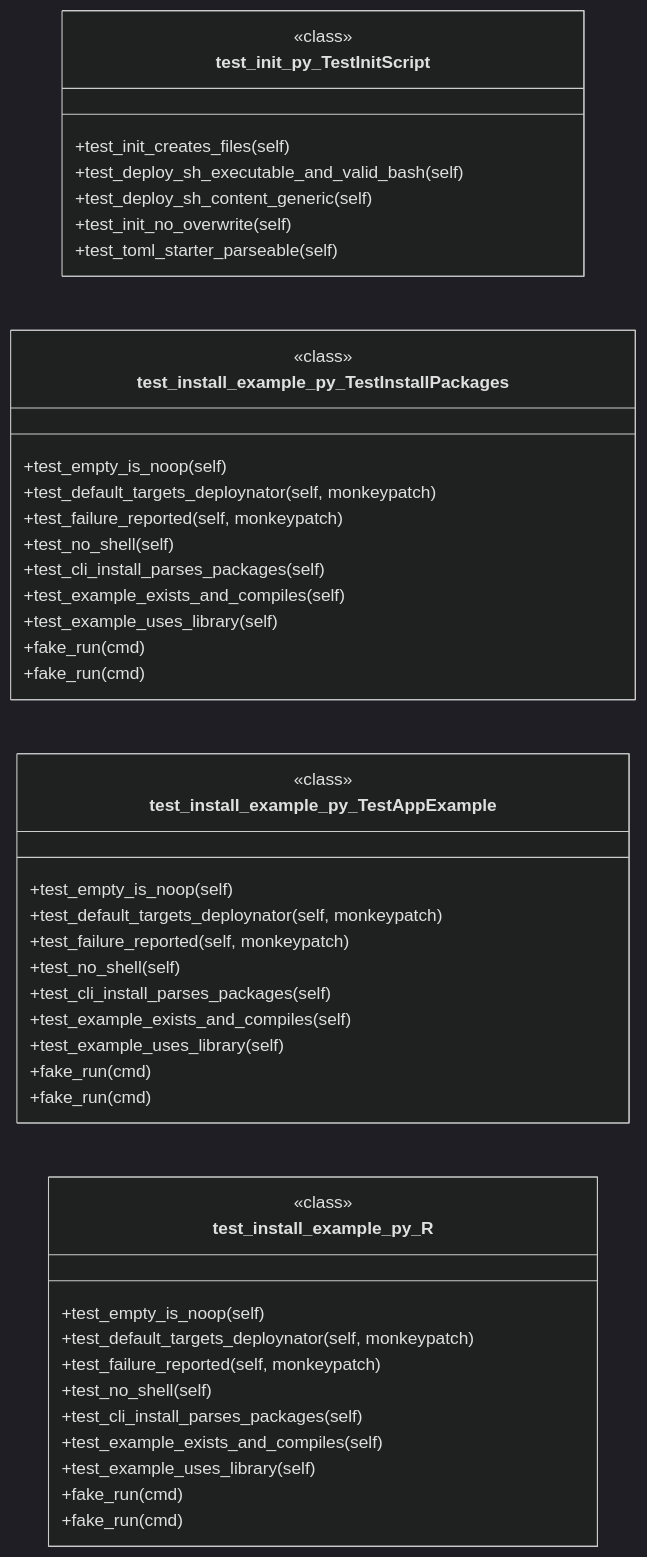
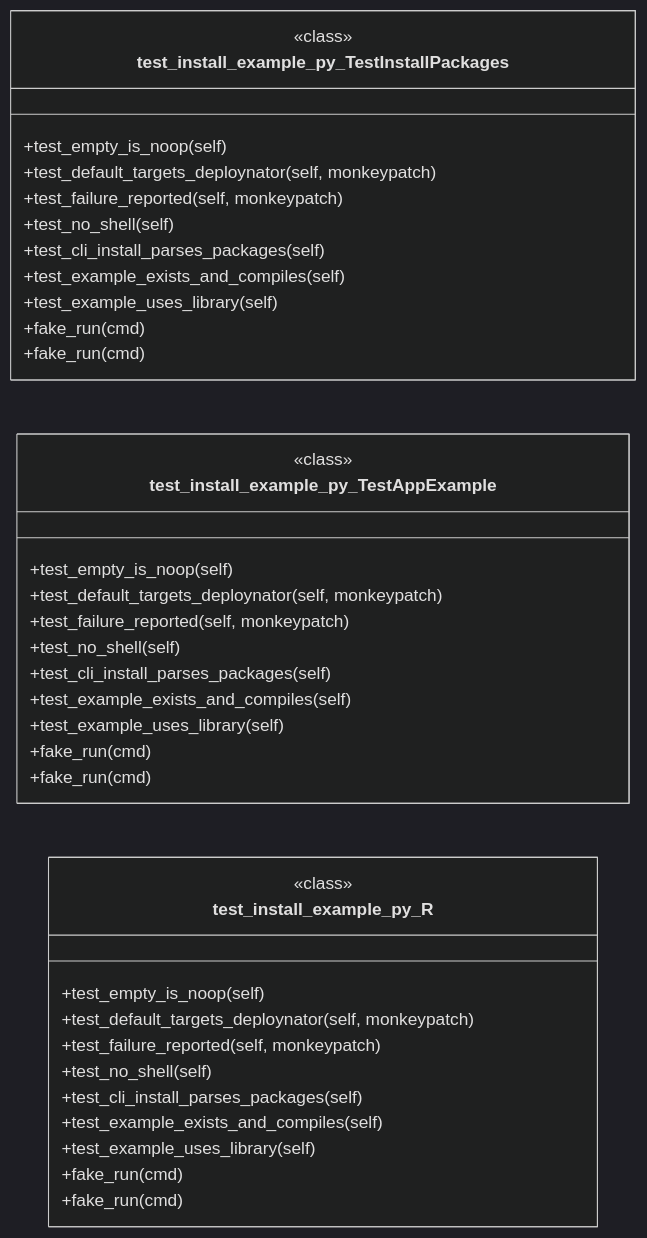
One commit to grisuno/deploynator changed diagram 19 of 20 in KNOWLEDGE_BASE.md. Above: the diagram before and after it, drawn with Mermaid (dark theme). The commit also changed other lines of this file and 120 other files, not shown here.

First line of the commit message:
test(module): testing makeing automated deb package with deploy

````diff
--- a/KNOWLEDGE_BASE.md
+++ b/KNOWLEDGE_BASE.md
@@ -1853,48 +1962,40 @@
 ```mermaid
 classDiagram
   direction LR
-  class test_init_py_TestInitScript {
-    <<class>>
-    +test_init_creates_files(self)
-    +test_deploy_sh_executable_and_valid_bash(self)
-    +test_deploy_sh_content_generic(self)
-    +test_init_no_overwrite(self)
-    +test_toml_starter_parseable(self)
-  }
   class test_install_example_py_TestInstallPackages {
     <<class>>
     +test_empty_is_noop(self)
     +test_default_targets_deploynator(self, monkeypatch)
     +test_failure_reported(self, monkeypatch)
     +test_no_shell(self)
     +test_cli_install_parses_packages(self)
     +test_example_exists_and_compiles(self)
     +test_example_uses_library(self)
     +fake_run(cmd)
     +fake_run(cmd)
   }
   class test_install_example_py_TestAppExample {
     <<class>>
     +test_empty_is_noop(self)
     +test_default_targets_deploynator(self, monkeypatch)
     +test_failure_reported(self, monkeypatch)
     +test_no_shell(self)
     +test_cli_install_parses_packages(self)
     +test_example_exists_and_compiles(self)
     +test_example_uses_library(self)
     +fake_run(cmd)
     +fake_run(cmd)
   }
   class test_install_example_py_R {
     <<class>>
     +test_empty_is_noop(self)
     +test_default_targets_deploynator(self, monkeypatch)
     +test_failure_reported(self, monkeypatch)
     +test_no_shell(self)
     +test_cli_install_parses_packages(self)
     +test_example_exists_and_compiles(self)
     +test_example_uses_library(self)
     +fake_run(cmd)
     +fake_run(cmd)
   }
 ```
````
